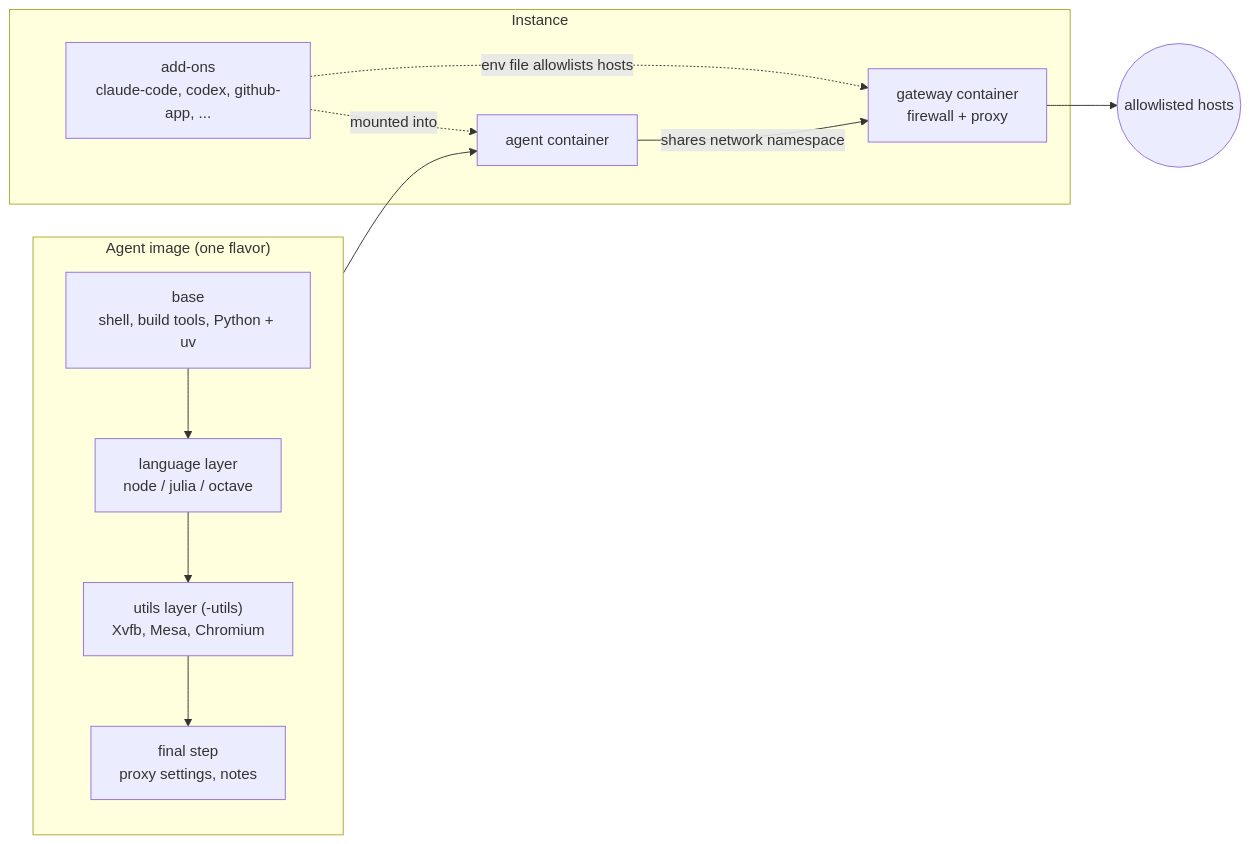
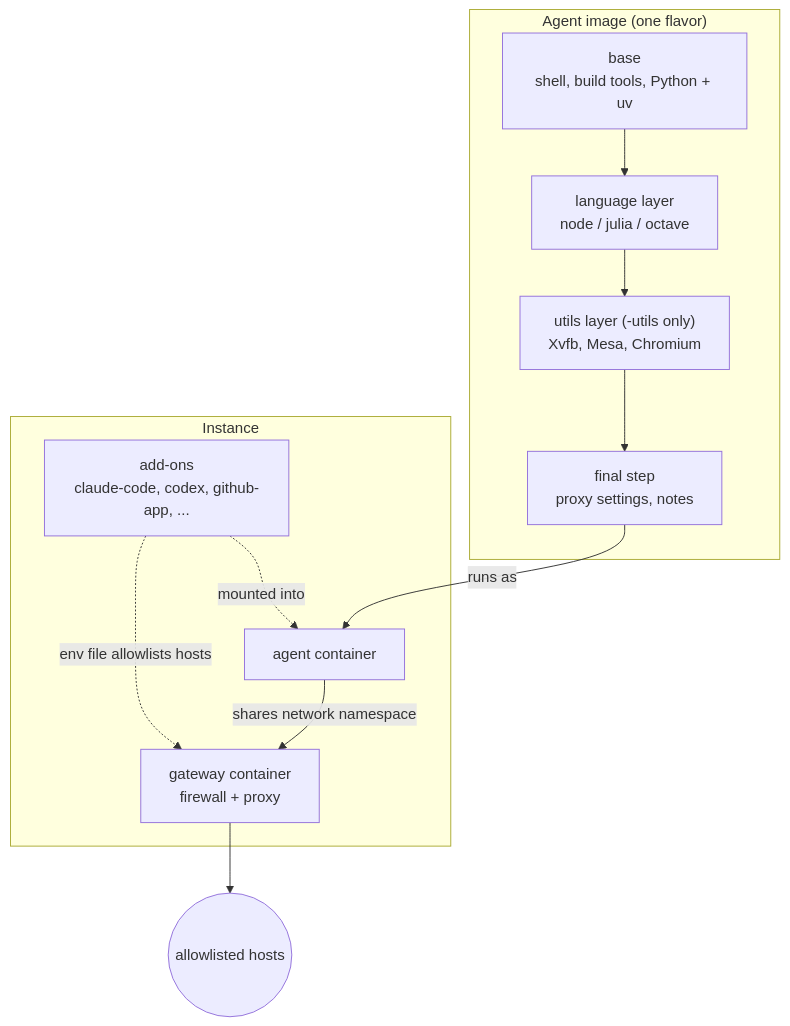
Before and after one commit to industrial-mathematics-group/agent-sandbox: the diagram in docs/concepts/index.md, drawn with Mermaid.

Commit message:
docs: lay out the Concepts diagram vertically
Left to right, the diagram was scaled down to the content width and the
text came out tiny. Top to bottom it renders at full size.

Claude-Session: https://claude.ai/code/session_012HAeeWraYukHhmBwBekWz2

````diff
--- a/docs/concepts/index.md
+++ b/docs/concepts/index.md
@@ -5,15 +5,18 @@
 ```mermaid
-flowchart LR
+flowchart TB
     subgraph image["Agent image (one flavor)"]
         base["base<br/>shell, build tools, Python + uv"] --> lang["language layer<br/>node / julia / octave"]
-        lang --> utils["utils layer (-utils)<br/>Xvfb, Mesa, Chromium"]
+        lang --> utils["utils layer (-utils only)<br/>Xvfb, Mesa, Chromium"]
         utils --> final["final step<br/>proxy settings, notes"]
     end
     subgraph instance["Instance"]
-        agent["agent container"] -- "shares network namespace" --> gw["gateway container<br/>firewall + proxy"]
-        addons["add-ons<br/>claude-code, codex, github-app, ..."] -. "mounted into" .-> agent
+        agent["agent container"]
+        addons["add-ons<br/>claude-code, codex, github-app, ..."]
+        gw["gateway container<br/>firewall + proxy"]
+        addons -. "mounted into" .-> agent
         addons -. "env file allowlists hosts" .-> gw
+        agent -- "shares network namespace" --> gw
     end
-    image --> agent
+    final -- "runs as" --> agent
     gw --> internet(("allowlisted hosts"))
 ```
````
